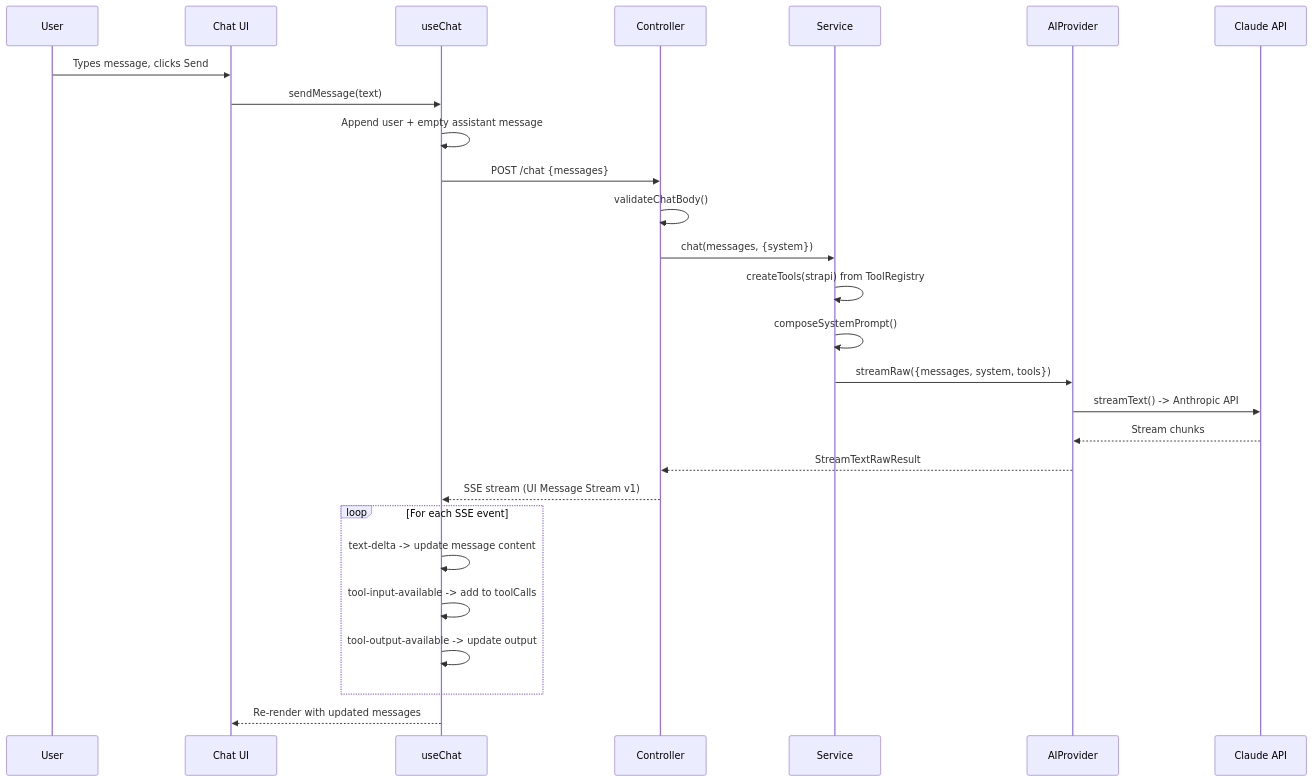
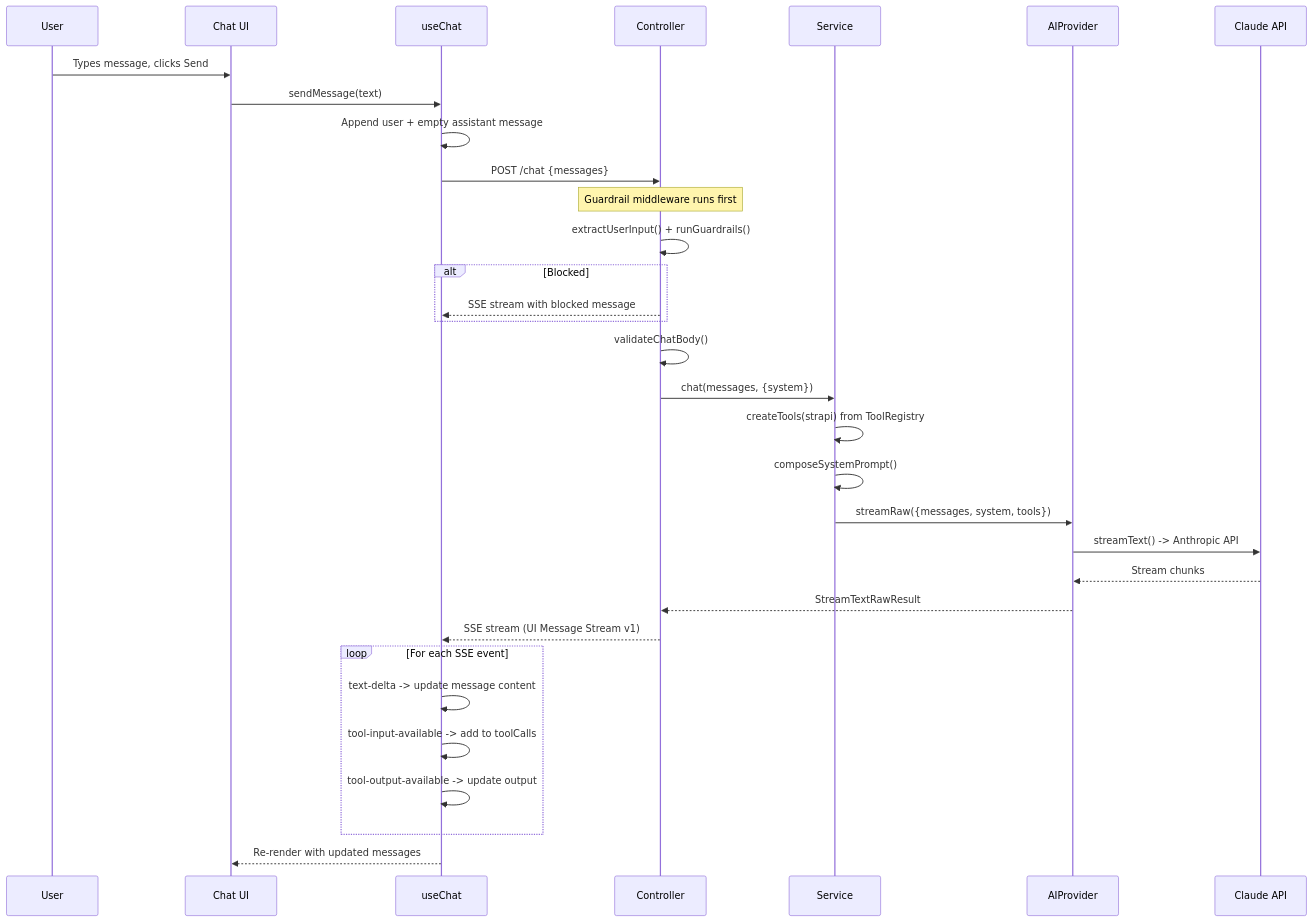
One commit to PaulBratslavsky/strapi-plugin-ai-sdk changed diagram 16 of 19 in docs/architecture.md. Above: the diagram before and after it, drawn with Mermaid. The commit also changed other lines of this file and 16 other files, not shown here.

Commit message:
implement basic guardrails using Strapi route middleware to reject or accept cetain promts based on regex criteria to avoid promt injection, since this runs on route middleware, prompts can be regected before hitting the llm

````diff
--- a/docs/architecture.md
+++ b/docs/architecture.md
@@ -752,32 +789,39 @@
 ```mermaid
 sequenceDiagram
     participant User
     participant ChatUI as Chat UI
     participant useChat
     participant Controller
     participant Service
     participant AIProvider
     participant Claude as Claude API
 
     User->>ChatUI: Types message, clicks Send
     ChatUI->>useChat: sendMessage(text)
     useChat->>useChat: Append user + empty assistant message
     useChat->>Controller: POST /chat {messages}
+
+    Note over Controller: Guardrail middleware runs first
+    Controller->>Controller: extractUserInput() + runGuardrails()
+    alt Blocked
+        Controller-->>useChat: SSE stream with blocked message
+    end
+
     Controller->>Controller: validateChatBody()
     Controller->>Service: chat(messages, {system})
     Service->>Service: createTools(strapi) from ToolRegistry
     Service->>Service: composeSystemPrompt()
     Service->>AIProvider: streamRaw({messages, system, tools})
     AIProvider->>Claude: streamText() -> Anthropic API
     Claude-->>AIProvider: Stream chunks
     AIProvider-->>Controller: StreamTextRawResult
     Controller-->>useChat: SSE stream (UI Message Stream v1)
 
     loop For each SSE event
         useChat->>useChat: text-delta -> update message content
         useChat->>useChat: tool-input-available -> add to toolCalls
         useChat->>useChat: tool-output-available -> update output
     end
 
     useChat-->>ChatUI: Re-render with updated messages
 ```
````
